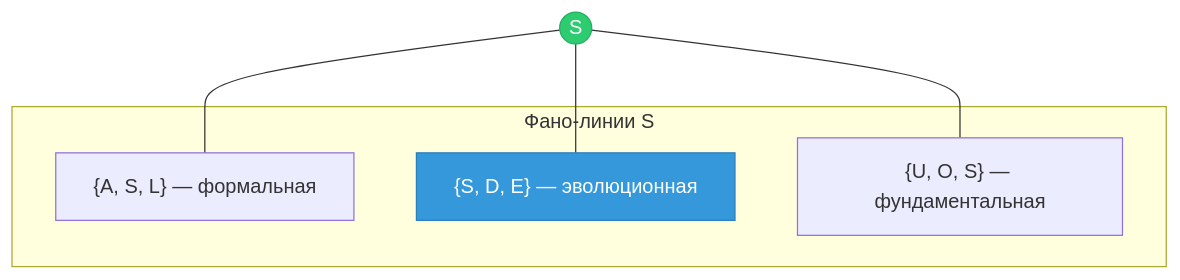
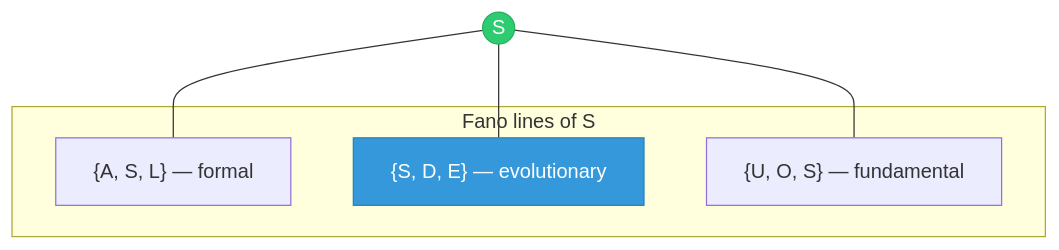
One commit to gst-st/uhm changed the second of 2 diagrams in website/docs/core/structure/dimension-s.md. Above: the diagram before and after it, drawn with Mermaid. The commit also changed other lines of this file and 25 other files, not shown here.

````diff
--- a/website/docs/core/structure/dimension-s.md
+++ b/website/docs/core/structure/dimension-s.md
@@ -344,13 +344,13 @@
 ```mermaid
 graph TD
-    subgraph "Фано-линии S"
-        ASL["{A, S, L} — формальная"]
-        SDE["{S, D, E} — эволюционная"]
-        UOS["{U, O, S} — фундаментальная"]
+    subgraph "Fano lines of S"
+        ASL["{A, S, L} — formal"]
+        SDE["{S, D, E} — evolutionary"]
+        UOS["{U, O, S} — fundamental"]
     end
     S((S)) --- ASL
     S --- SDE
     S --- UOS
     style S fill:#2ecc71,color:#fff,stroke:#27ae60
     style SDE fill:#3498db,color:#fff,stroke:#2980b9
 ```
````
